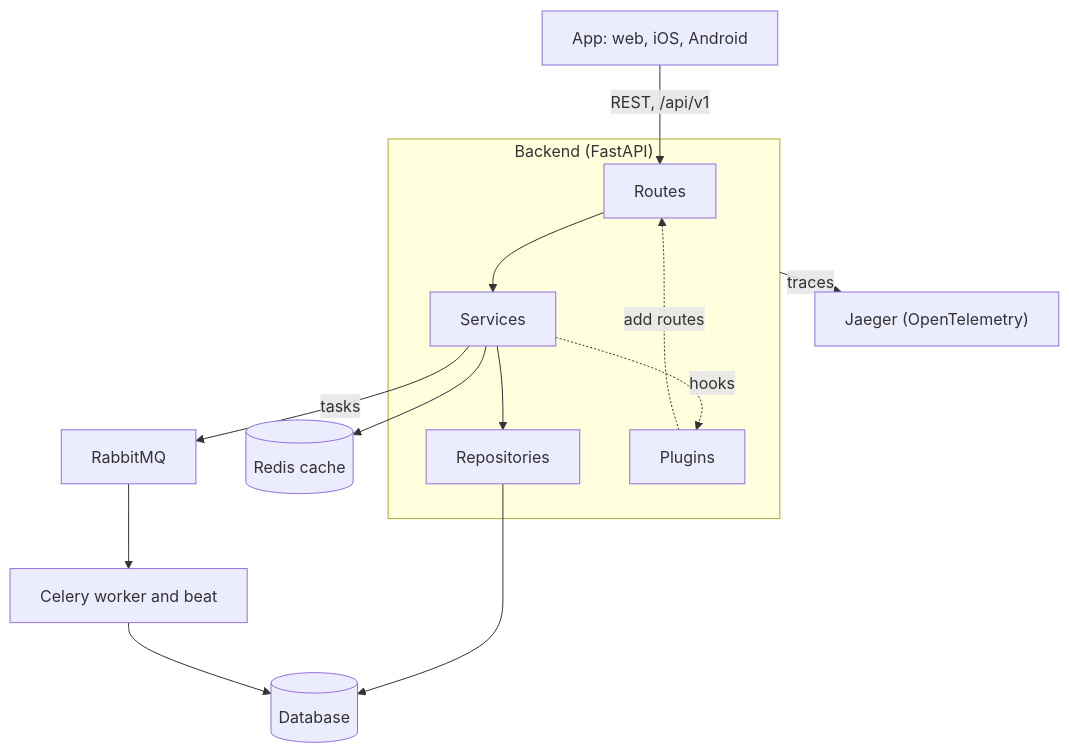
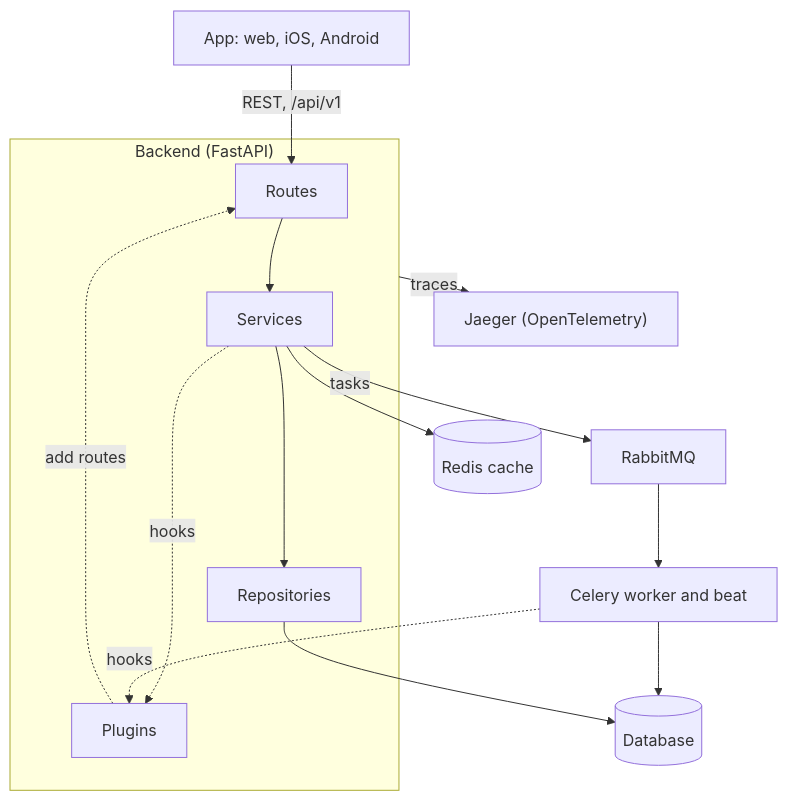
Before and after one commit to CMDxAI/CMDXAI-website: the diagram in docs-site/docs/developers/overview.md, drawn with Mermaid. The commit also changed other lines of this file, not shown here.

First line of the commit message:
Show plugin hooks running in the Celery workers in the overview

````diff
--- a/docs-site/docs/developers/overview.md
+++ b/docs-site/docs/developers/overview.md
@@ -22,16 +22,17 @@
 ```mermaid
 flowchart TB
   app["App: web, iOS, Android"] -->|"REST, /api/v1"| routes
   subgraph backend["Backend (FastAPI)"]
     routes["Routes"] --> services["Services"] --> repos["Repositories"]
     plugins["Plugins"]
   end
   plugins -.->|"add routes"| routes
   services -.->|hooks| plugins
   services --> redis[("Redis cache")]
   services -->|tasks| mq["RabbitMQ"]
   repos --> db[("Database")]
   mq --> workers["Celery worker and beat"]
   workers --> db
+  workers -.->|hooks| plugins
   backend -->|traces| jaeger["Jaeger (OpenTelemetry)"]
 ```
````
